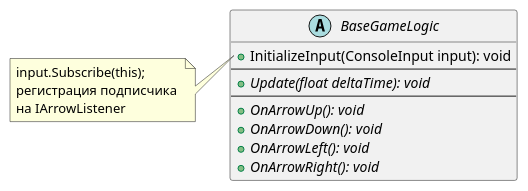
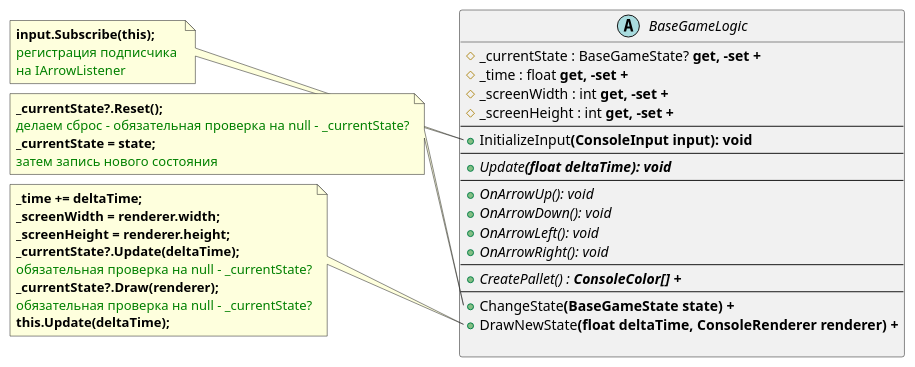
The diagram in Snake_Console/Diagramm/BaseGameLogic.puml (vadimvatsenko/Snake_Console), drawn with PlantUML before and after one commit. The commit also changed 7 other files, not shown here.

Commit message:
Edit Diagramm and add some Discription

```diff
--- a/Snake_Console/Diagramm/BaseGameLogic.puml
+++ b/Snake_Console/Diagramm/BaseGameLogic.puml
@@ -1,19 +1,48 @@
 @startuml
 abstract class BaseGameLogic
 {
-    + InitializeInput(ConsoleInput input): void
+    # _currentState : BaseGameState? <b>get, -set +
+    # _time : float <b>get, -set +
+    # _screenWidth : int <b>get, -set +
+    # _screenHeight : int <b>get, -set +     
     --
-    + {abstract} Update(float deltaTime): void
+    + InitializeInput<b>(ConsoleInput input): void
+    --
+    + {abstract} Update<b>(float deltaTime): void
     --
     + {abstract} OnArrowUp(): void
     + {abstract} OnArrowDown(): void
     + {abstract} OnArrowLeft(): void
     + {abstract} OnArrowRight(): void
+    --
+    + {abstract} CreatePallet() : <b>ConsoleColor[] +
+    --
+    + ChangeState<b>(BaseGameState state) +
+    + DrawNewState<b>(float deltaTime, ConsoleRenderer renderer) +
+    
 }
 
 note left of BaseGameLogic::InitializeInput
-input.Subscribe(this);
-регистрация подписчика 
-на IArrowListener
+<b>input.Subscribe(this);
+<color:green>регистрация подписчика 
+<color:green>на IArrowListener
+end note
+
+note left of BaseGameLogic::ChangeState
+<b>_currentState?.Reset(); 
+<color:green>делаем сброс - обязательная проверка на null - _currentState?
+<b>_currentState = state; 
+<color:green>затем запись нового состояния
+end note
+
+note left of BaseGameLogic::DrawNewState
+<b>_time += deltaTime;
+<b>_screenWidth = renderer.width;
+<b>_screenHeight = renderer.height;
+<b>_currentState?.Update(deltaTime); 
+<color:green>обязательная проверка на null - _currentState?
+<b>_currentState?.Draw(renderer); 
+<color:green>обязательная проверка на null - _currentState?
+<b>this.Update(deltaTime);
 end note
 @enduml
```
